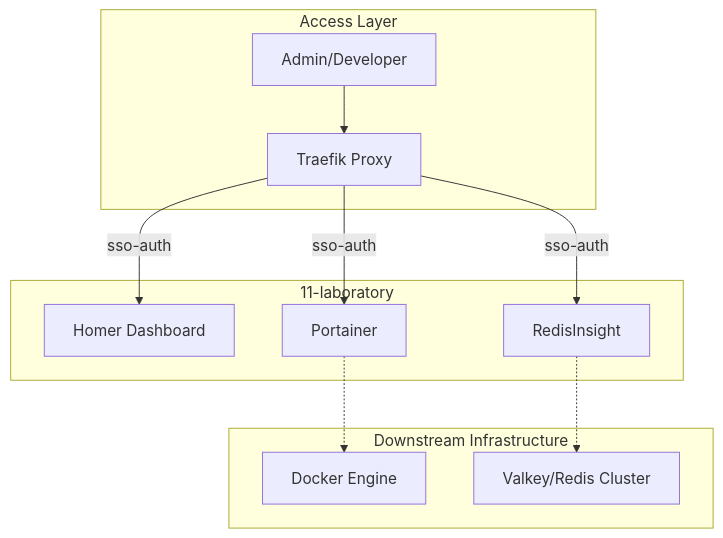
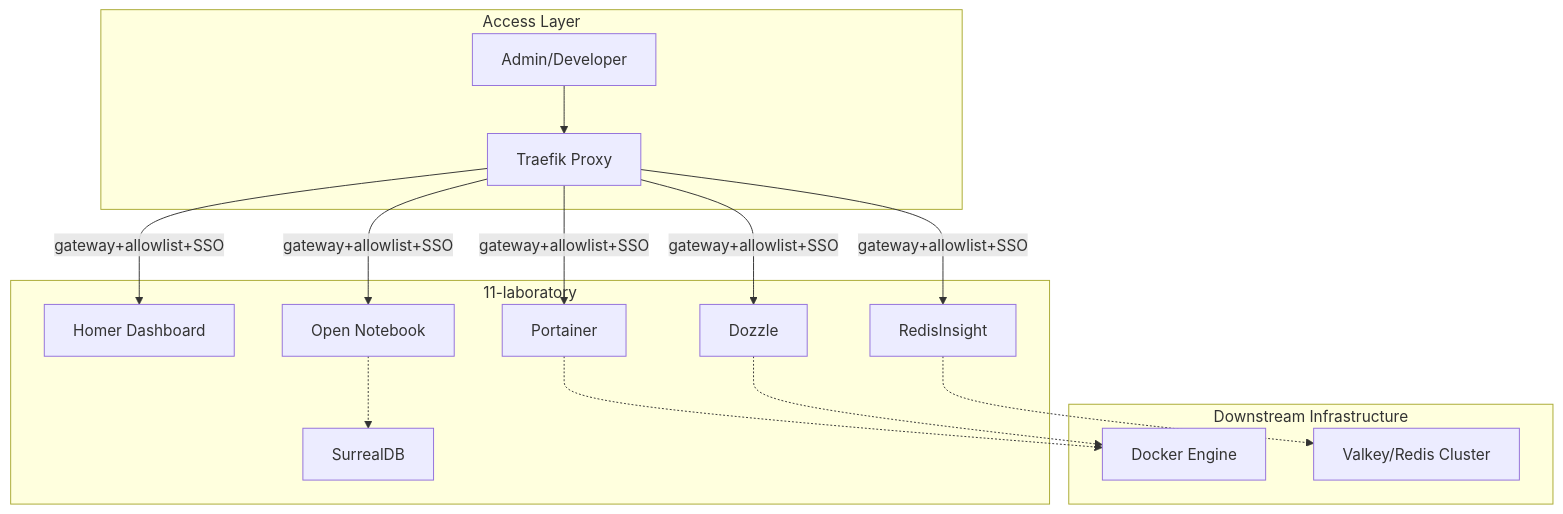
Before and after one commit to buenhyden/hy-home.docker: the diagram in infra/11-laboratory/README.md, drawn with Mermaid. The commit also changed other lines of this file and 44 other files, not shown here.

````diff
--- a/infra/11-laboratory/README.md
+++ b/infra/11-laboratory/README.md
@@ -11,26 +11,33 @@
 ```mermaid
 graph TD
     subgraph "Access Layer"
         User[Admin/Developer]
         TF[Traefik Proxy]
     end
 
     subgraph "11-laboratory"
         Dash[Homer Dashboard]
         Port[Portainer]
         RI[RedisInsight]
+        Doz[Dozzle]
+        ON[Open Notebook]
+        SDB[SurrealDB]
     end
 
     subgraph "Downstream Infrastructure"
         DockerPool[Docker Engine]
         RedisPool[Valkey/Redis Cluster]
     end
 
     User --> TF
-    TF -- "sso-auth" --> Dash
-    TF -- "sso-auth" --> Port
-    TF -- "sso-auth" --> RI
+    TF -- "gateway+allowlist+SSO" --> Dash
+    TF -- "gateway+allowlist+SSO" --> Port
+    TF -- "gateway+allowlist+SSO" --> RI
+    TF -- "gateway+allowlist+SSO" --> Doz
+    TF -- "gateway+allowlist+SSO" --> ON
 
     Port -.-> DockerPool
+    Doz -.-> DockerPool
     RI -.-> RedisPool
+    ON -.-> SDB
 ```
````
